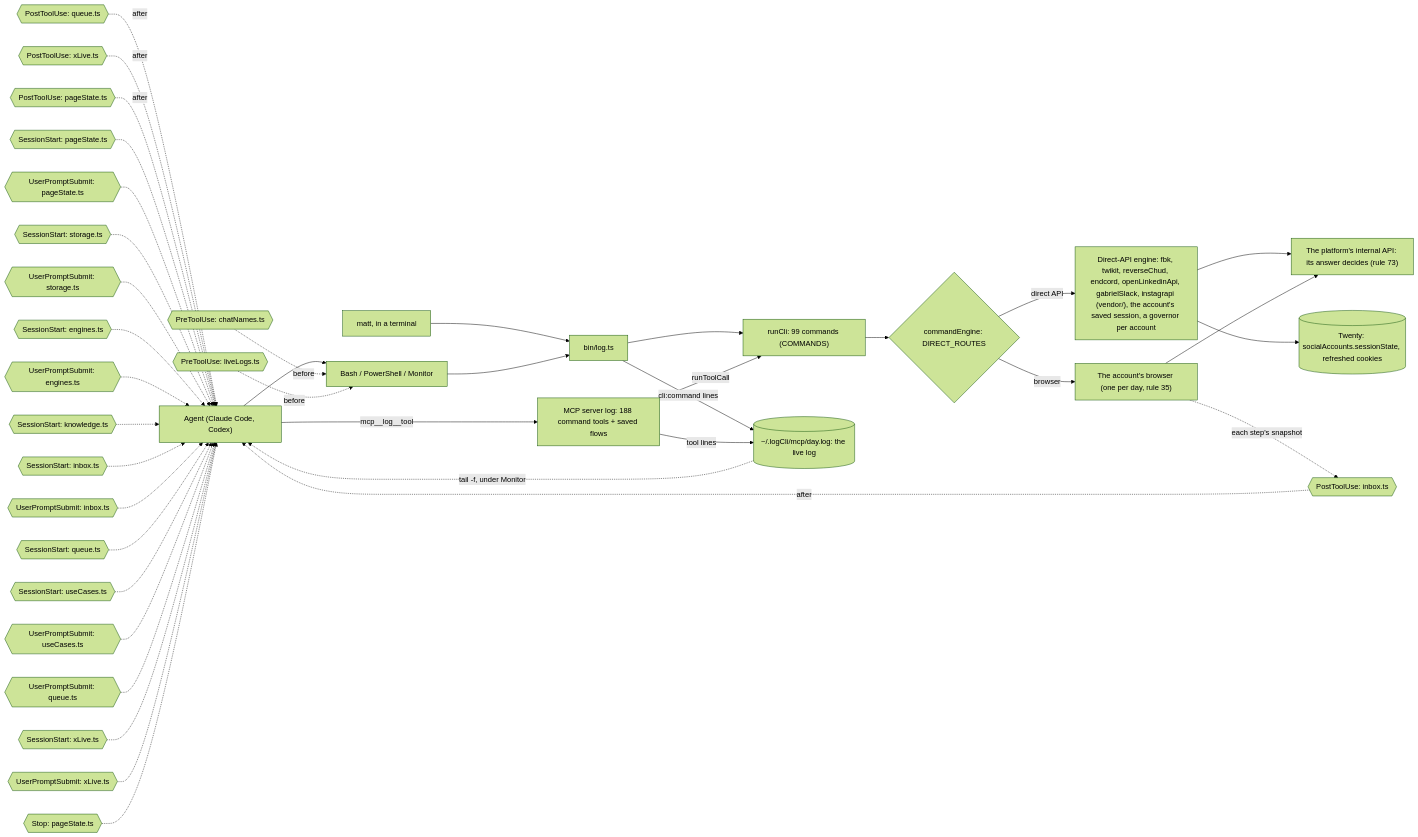
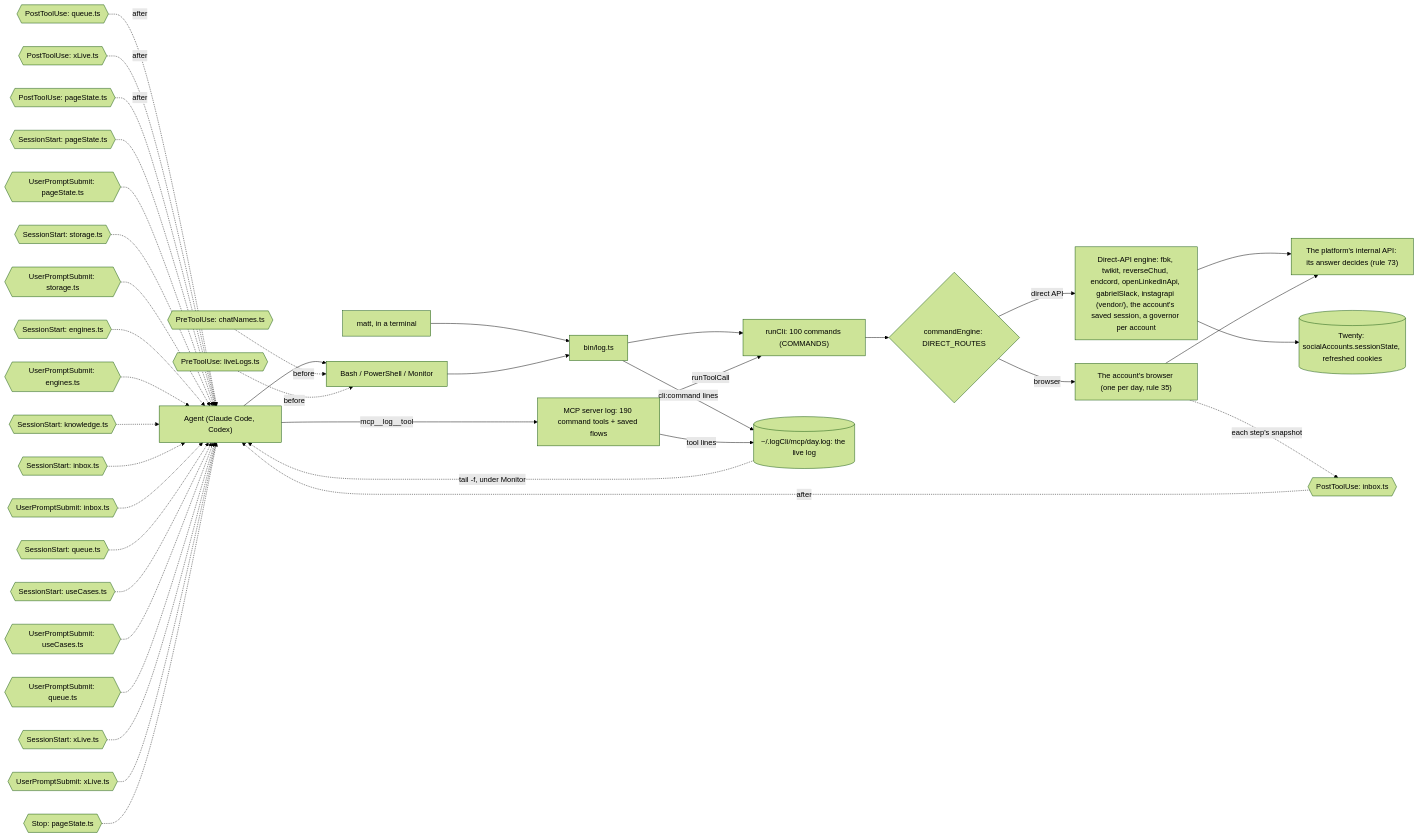
One commit to matthewdonsemail-lab/log changed the diagram in docs/diagrams/surface.mmd. Above: the diagram before and after it, drawn with Mermaid (forest theme). The commit also changed 29 other files, not shown here.

```diff
--- a/docs/diagrams/surface.mmd
+++ b/docs/diagrams/surface.mmd
@@ -1,53 +1,53 @@
 %% How a call reaches log-cli. From a shell or over MCP, both run the same commands through `runCli`, write the same live log, and pass through the same hooks. `commandEngine` sends each command to the platform's direct API or to the account's browser.
 %% Written by `bun run docs:build` from the code (rule 56). Not edited by hand.
 flowchart LR
   agent["Agent (Claude Code, Codex)"]
   matt["matt, in a terminal"]
   shell["Bash / PowerShell / Monitor"]
-  mcp["MCP server log: 188 command tools + saved flows"]
+  mcp["MCP server log: 190 command tools + saved flows"]
   bin["bin/log.ts"]
-  runCli["runCli: 99 commands (COMMANDS)"]
+  runCli["runCli: 100 commands (COMMANDS)"]
   live[("~/.logCli/mcp/day.log: the live log")]
   engine{"commandEngine: DIRECT_ROUTES"}
   direct["Direct-API engine: fbk, twikit, reverseChud, endcord, openLinkedinApi, gabrielSlack, instagrapi (vendor/), the account's saved session, a governor per account"]
   browser["The account's browser (one per day, rule 35)"]
   api["The platform's internal API: its answer decides (rule 73)"]
   twenty[("Twenty: socialAccounts.sessionState, refreshed cookies")]
   agent --> shell
   matt --> bin
   shell --> bin
   agent -->|mcp__log__tool| mcp
   bin --> runCli
   mcp -->|runToolCall| runCli
   runCli --> engine
   engine -->|direct API| direct
   engine -->|browser| browser
   direct --> api
   browser --> api
   direct --> twenty
   bin -->|cli:command lines| live
   mcp -->|tool lines| live
   live -.->|tail -f, under Monitor| agent
   pre0{{"PreToolUse: chatNames.ts"}} -.->|before| shell
   pre1{{"PreToolUse: liveLogs.ts"}} -.->|before| shell
   post0{{"PostToolUse: inbox.ts"}} -.->|after| agent
   post1{{"PostToolUse: queue.ts"}} -.->|after| agent
   post2{{"PostToolUse: xLive.ts"}} -.->|after| agent
   post3{{"PostToolUse: pageState.ts"}} -.->|after| agent
   turn0{{"SessionStart: pageState.ts"}} -.-> agent
   turn1{{"UserPromptSubmit: pageState.ts"}} -.-> agent
   turn2{{"SessionStart: storage.ts"}} -.-> agent
   turn3{{"UserPromptSubmit: storage.ts"}} -.-> agent
   turn4{{"SessionStart: engines.ts"}} -.-> agent
   turn5{{"UserPromptSubmit: engines.ts"}} -.-> agent
   turn6{{"SessionStart: knowledge.ts"}} -.-> agent
   turn7{{"SessionStart: inbox.ts"}} -.-> agent
   turn8{{"UserPromptSubmit: inbox.ts"}} -.-> agent
   turn9{{"SessionStart: queue.ts"}} -.-> agent
   turn10{{"SessionStart: useCases.ts"}} -.-> agent
   turn11{{"UserPromptSubmit: useCases.ts"}} -.-> agent
   turn12{{"UserPromptSubmit: queue.ts"}} -.-> agent
   turn13{{"SessionStart: xLive.ts"}} -.-> agent
   turn14{{"UserPromptSubmit: xLive.ts"}} -.-> agent
   turn15{{"Stop: pageState.ts"}} -.-> agent
   browser -.->|each step's snapshot| post0
```
